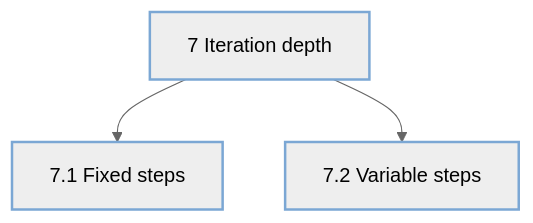
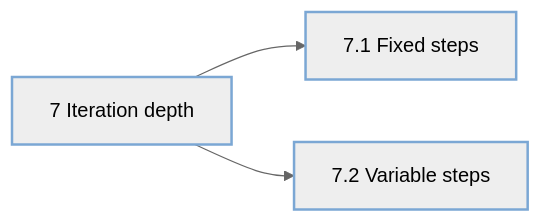
One commit to ayush111111/quartz changed the sixth of 6 diagrams in content/notes/2026-08-28-Taxonomy-of-Automatic-Prompt-Optimization.md. Above: the diagram before and after it, drawn with Mermaid (neutral theme). The commit also changed other lines of this file, not shown here.

First line of the commit message:
Use a consistent flowchart direction across the taxonomy diagrams

````diff
--- a/content/notes/2026-08-28-Taxonomy-of-Automatic-Prompt-Optimization.md
+++ b/content/notes/2026-08-28-Taxonomy-of-Automatic-Prompt-Optimization.md
@@ -123,8 +123,8 @@
 ```mermaid
-flowchart TD
+flowchart LR
     A["7 Iteration depth"] --> B["7.1 Fixed steps"]
     A --> C["7.2 Variable steps"]
 
     classDef iter stroke:#7ba7d4,stroke-width:2px
     class A,B,C iter
 ```
````
